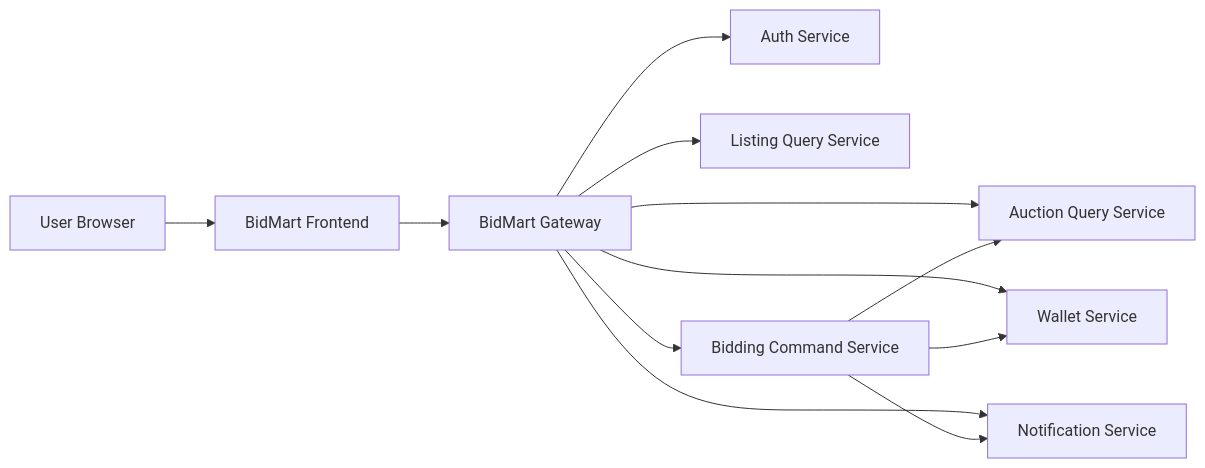
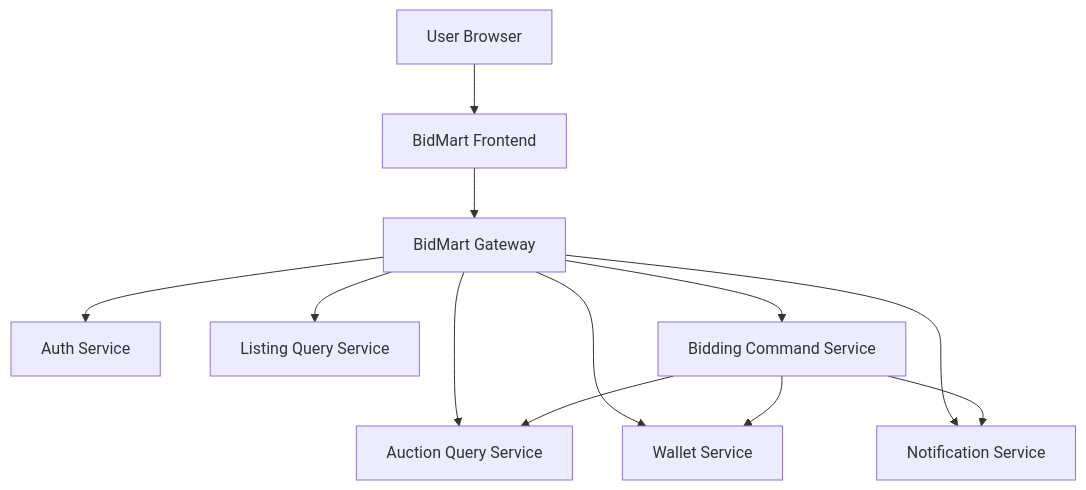
One commit to advprog-2026-A20-project/Module-09-A-Kelompok changed the first of 7 diagrams in README.md. Above: the diagram before and after it, drawn with Mermaid.

Commit message:
Fix clipped Mermaid system context diagram

````diff
--- a/README.md
+++ b/README.md
@@ -16,26 +16,16 @@
 ```mermaid
-graph LR
-    U[User Browser]
-    FE[BidMart Frontend]
-    GW[BidMart Gateway]
-    AUTH[Auth Service]
-    LQS[Listing Query Service]
-    AQS[Auction Query Service]
-    BCS[Bidding Command Service]
-    WLT[Wallet Service]
-    NTF[Notification Service]
+flowchart TB
+    U["User Browser"] --> FE["BidMart Frontend"]
+    FE --> GW["BidMart Gateway"]
 
-    U --> FE
-    FE --> GW
-
-    GW --> AUTH
-    GW --> LQS
-    GW --> AQS
-    GW --> BCS
-    GW --> WLT
-    GW --> NTF
+    GW --> AUTH["Auth Service"]
+    GW --> LQS["Listing Query Service"]
+    GW --> AQS["Auction Query Service"]
+    GW --> BCS["Bidding Command Service"]
+    GW --> WLT["Wallet Service"]
+    GW --> NTF["Notification Service"]
 
     BCS --> WLT
     BCS --> AQS
     BCS --> NTF
 ```
````
